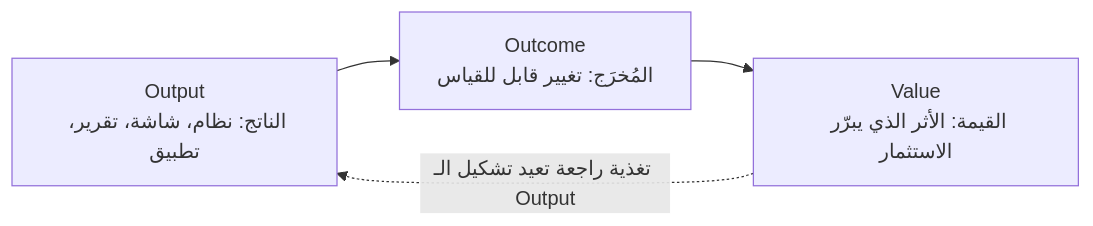
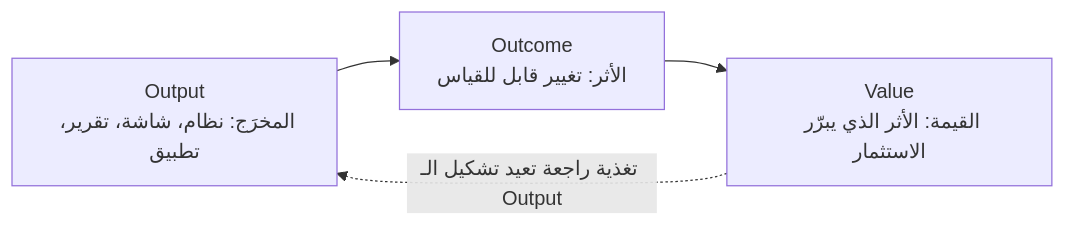
One commit to MohammedFattay/Project_Management_Notes changed the first of 2 diagrams in content/الدورات/قيادة التسليم للمشاريع البرمجية/01 - من إدارة المهام إلى قيادة التسليم.md. Above: the diagram before and after it, drawn with Mermaid. The commit also changed other lines of this file and 47 other files, not shown here.

````diff
--- a/content/الدورات/قيادة التسليم للمشاريع البرمجية/01 - من إدارة المهام إلى قيادة التسليم.md
+++ b/content/الدورات/قيادة التسليم للمشاريع البرمجية/01 - من إدارة المهام إلى قيادة التسليم.md
@@ -163,6 +163,6 @@
 ```mermaid
 flowchart LR
-    A["Output<br/>الناتج: نظام، شاشة، تقرير، تطبيق"] --> B["Outcome<br/>المُخرَج: تغيير قابل للقياس"]
+    A["Output<br/>المخرَج: نظام، شاشة، تقرير، تطبيق"] --> B["Outcome<br/>الأثر: تغيير قابل للقياس"]
     B --> C["Value<br/>القيمة: الأثر الذي يبرّر الاستثمار"]
     C -. "تغذية راجعة تعيد تشكيل الـ Output" .-> A
 ```
````
